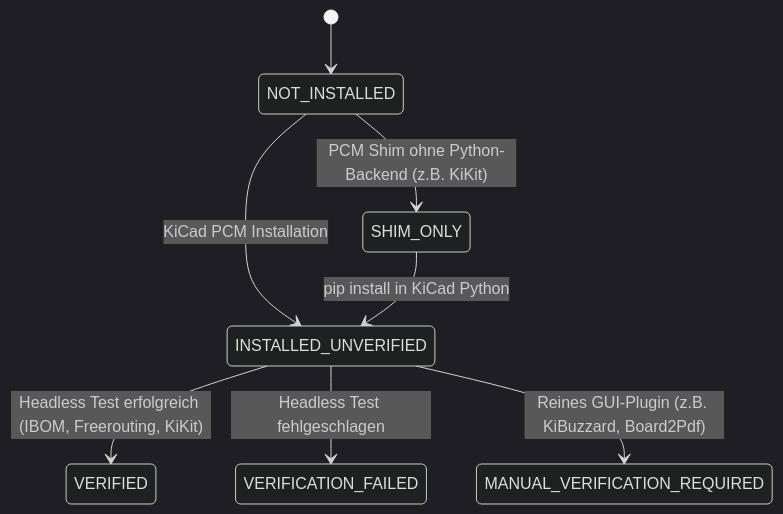
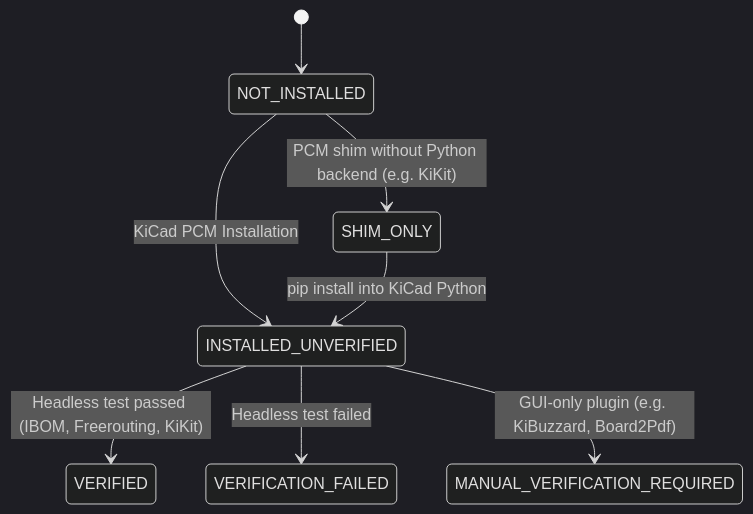
One commit to CagriCatik/PCB-Project-Template changed the diagram in docs/PLUGIN_MANAGEMENT.md. Above: the diagram before and after it, drawn with Mermaid (dark theme). The commit also changed 18 other files, not shown here.

````diff
--- a/docs/PLUGIN_MANAGEMENT.md
+++ b/docs/PLUGIN_MANAGEMENT.md
@@ -42,13 +42,13 @@
 ```mermaid
 stateDiagram-v2
     [*] --> NOT_INSTALLED
     
     NOT_INSTALLED --> INSTALLED_UNVERIFIED: KiCad PCM Installation
-    NOT_INSTALLED --> SHIM_ONLY: PCM Shim ohne Python-Backend (z.B. KiKit)
+    NOT_INSTALLED --> SHIM_ONLY: PCM shim without Python backend (e.g. KiKit)
     
-    SHIM_ONLY --> INSTALLED_UNVERIFIED: pip install in KiCad Python
+    SHIM_ONLY --> INSTALLED_UNVERIFIED: pip install into KiCad Python
     
-    INSTALLED_UNVERIFIED --> VERIFIED: Headless Test erfolgreich (IBOM, Freerouting, KiKit)
-    INSTALLED_UNVERIFIED --> VERIFICATION_FAILED: Headless Test fehlgeschlagen
-    INSTALLED_UNVERIFIED --> MANUAL_VERIFICATION_REQUIRED: Reines GUI-Plugin (z.B. KiBuzzard, Board2Pdf)
+    INSTALLED_UNVERIFIED --> VERIFIED: Headless test passed (IBOM, Freerouting, KiKit)
+    INSTALLED_UNVERIFIED --> VERIFICATION_FAILED: Headless test failed
+    INSTALLED_UNVERIFIED --> MANUAL_VERIFICATION_REQUIRED: GUI-only plugin (e.g. KiBuzzard, Board2Pdf)
 ```
````
